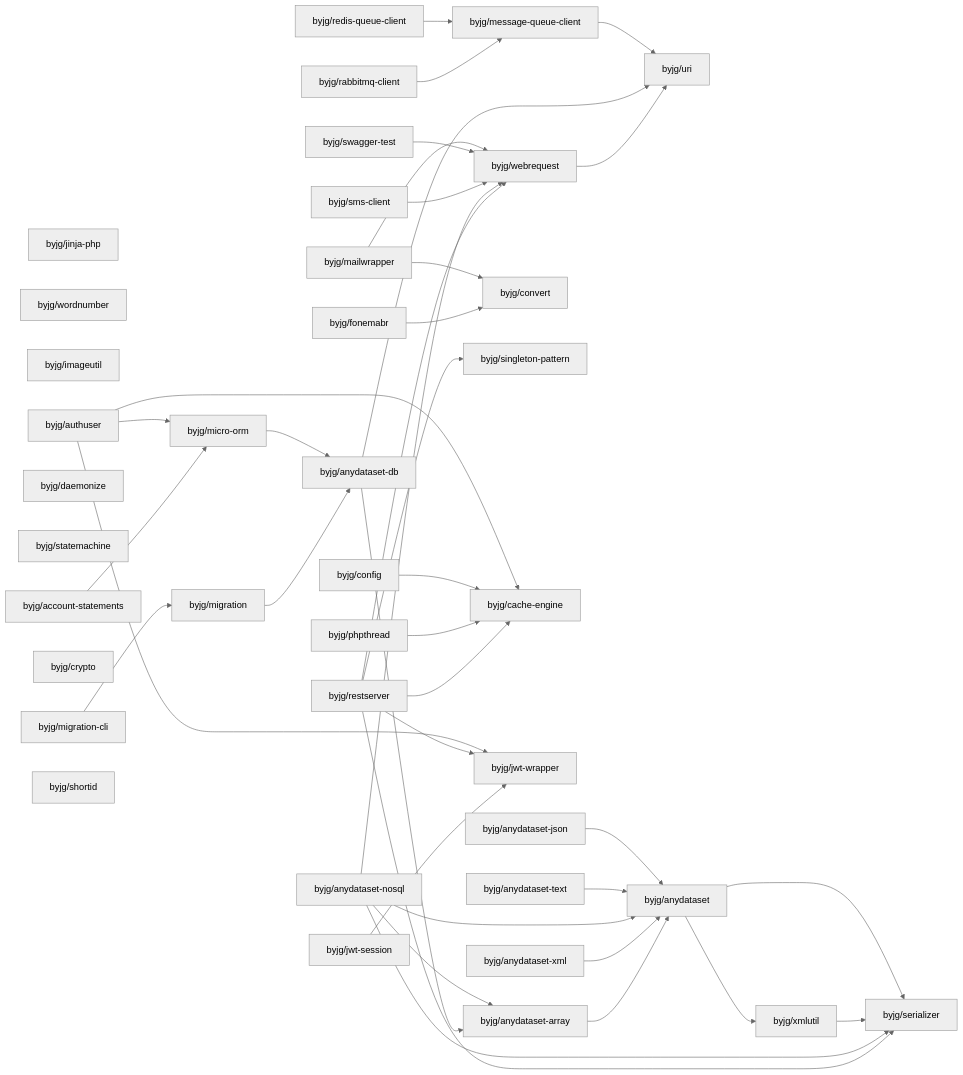
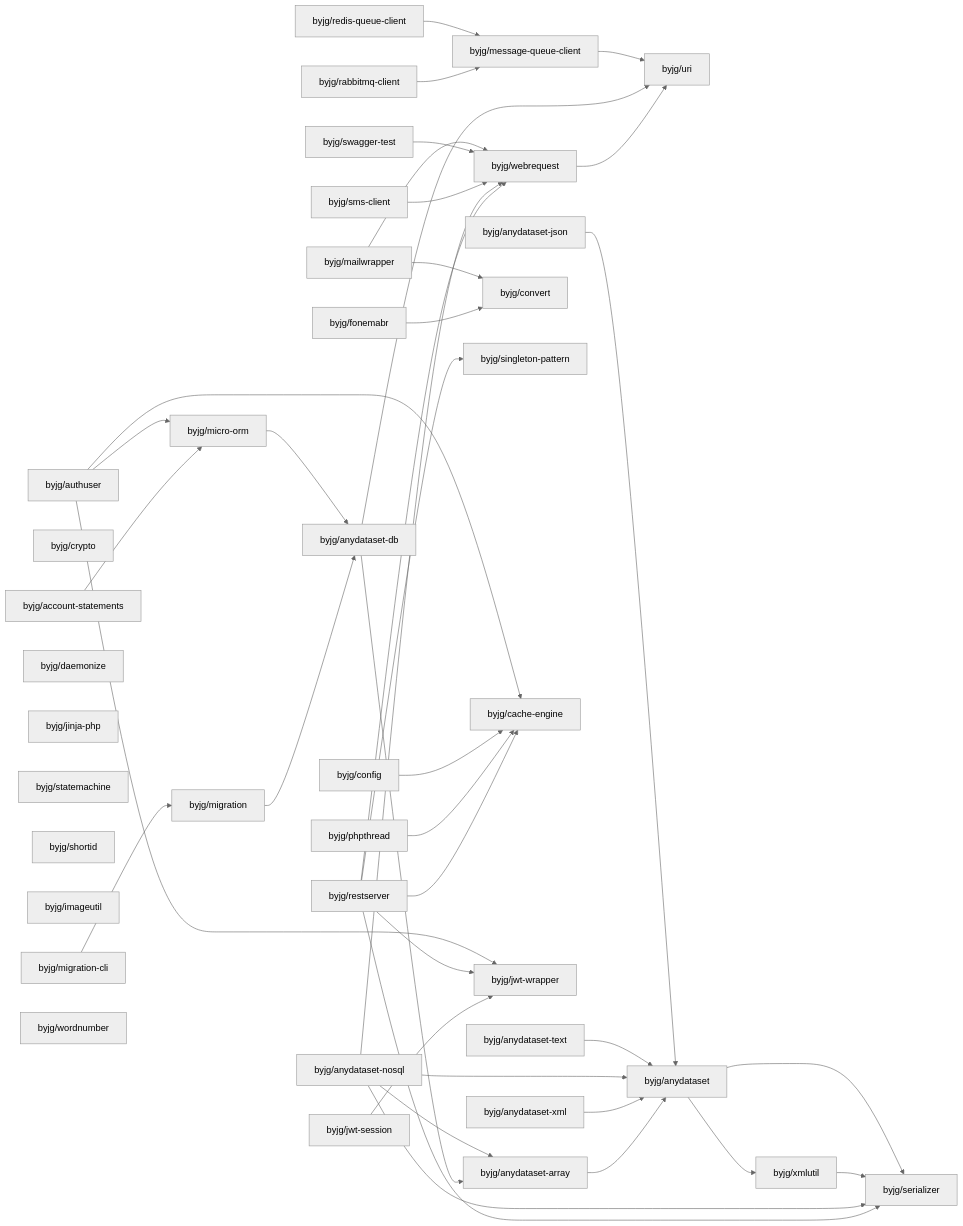
Before and after one commit to byjg/byjg.github.io: the diagram in docs/php/README.md, drawn with Mermaid (neutral theme). The commit also changed other lines of this file and 3 other files, not shown here.

Commit message:
Update documentation 'php' 'php-config'

````diff
--- a/docs/php/README.md
+++ b/docs/php/README.md
@@ -3,78 +3,78 @@
 ```mermaid
 graph LR;
+  byjg/anydataset-xml;
+  byjg/authuser;
+  byjg/crypto;
+  byjg/config;
+  byjg/phpthread;
+  byjg/swagger-test;
+  byjg/account-statements;
+  byjg/daemonize;
+  byjg/jinja-php;
+  byjg/statemachine;
+  byjg/rabbitmq-client;
+  byjg/mailwrapper;
+  byjg/redis-queue-client;
   byjg/sms-client;
-  byjg/mailwrapper;
-  byjg/jinja-php;
-  byjg/fonemabr;
-  byjg/wordnumber;
-  byjg/anydataset-text;
+  byjg/anydataset-json;
+  byjg/shortid;
   byjg/jwt-session;
   byjg/imageutil;
-  byjg/account-statements;
-  byjg/phpthread;
-  byjg/daemonize;
-  byjg/statemachine;
+  byjg/anydataset-text;
   byjg/migration-cli;
-  byjg/config;
-  byjg/anydataset-xml;
-  byjg/crypto;
-  byjg/rabbitmq-client;
+  byjg/wordnumber;
+  byjg/fonemabr;
   byjg/restserver;
   byjg/anydataset-nosql;
-  byjg/authuser;
-  byjg/swagger-test;
-  byjg/shortid;
-  byjg/redis-queue-client;
-  byjg/anydataset-json;
+  byjg/micro-orm;
+  byjg/message-queue-client;
+  byjg/migration;
   byjg/convert;
-  byjg/migration;
   byjg/singleton-pattern;
-  byjg/micro-orm;
   byjg/cache-engine;
   byjg/jwt-wrapper;
   byjg/webrequest;
-  byjg/message-queue-client;
   byjg/anydataset-db;
   byjg/anydataset-array;
   byjg/uri;
   byjg/anydataset;
   byjg/xmlutil;
   byjg/serializer;
   byjg/account-statements --> byjg/micro-orm;
   byjg/fonemabr --> byjg/convert;
   byjg/webrequest --> byjg/uri;
   byjg/anydataset-array --> byjg/anydataset;
   byjg/anydataset-xml --> byjg/anydataset;
   byjg/rabbitmq-client --> byjg/message-queue-client;
   byjg/redis-queue-client --> byjg/message-queue-client;
   byjg/jwt-session --> byjg/jwt-wrapper;
   byjg/anydataset-db --> byjg/anydataset-array;
   byjg/anydataset-db --> byjg/uri;
   byjg/restserver --> byjg/serializer;
   byjg/restserver --> byjg/singleton-pattern;
   byjg/restserver --> byjg/cache-engine;
   byjg/restserver --> byjg/webrequest;
   byjg/restserver --> byjg/jwt-wrapper;
   byjg/migration --> byjg/anydataset-db;
   byjg/anydataset-nosql --> byjg/anydataset;
   byjg/anydataset-nosql --> byjg/anydataset-array;
   byjg/anydataset-nosql --> byjg/serializer;
   byjg/anydataset-nosql --> byjg/webrequest;
   byjg/phpthread --> byjg/cache-engine;
   byjg/sms-client --> byjg/webrequest;
   byjg/swagger-test --> byjg/webrequest;
   byjg/migration-cli --> byjg/migration;
   byjg/config --> byjg/cache-engine;
   byjg/anydataset-text --> byjg/anydataset;
   byjg/micro-orm --> byjg/anydataset-db;
   byjg/authuser --> byjg/micro-orm;
   byjg/authuser --> byjg/cache-engine;
   byjg/authuser --> byjg/jwt-wrapper;
   byjg/anydataset-json --> byjg/anydataset;
   byjg/mailwrapper --> byjg/convert;
   byjg/mailwrapper --> byjg/webrequest;
   byjg/xmlutil --> byjg/serializer;
   byjg/anydataset --> byjg/serializer;
   byjg/anydataset --> byjg/xmlutil;
   byjg/message-queue-client --> byjg/uri;
 ```
````
